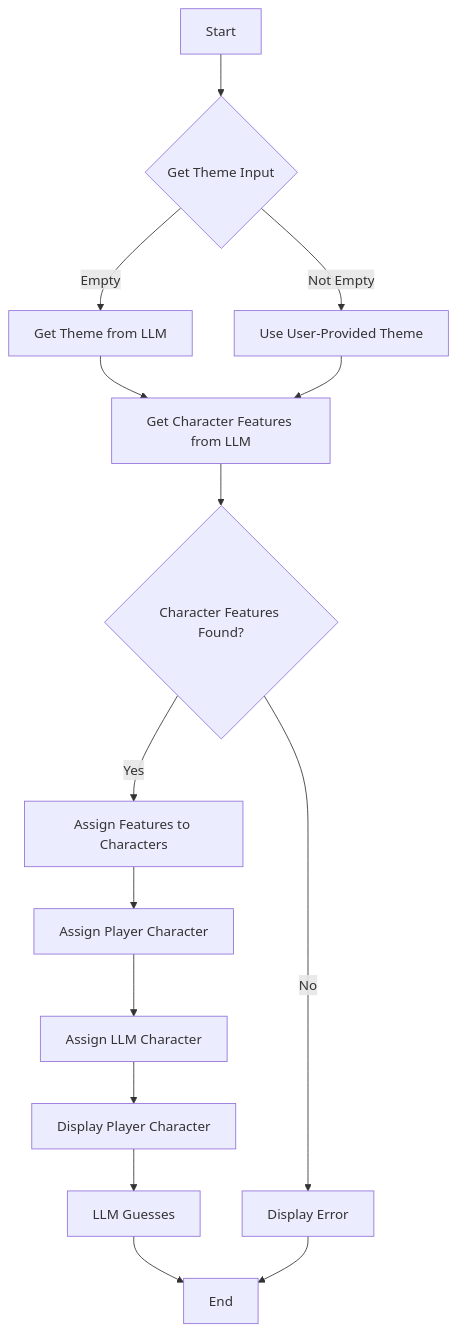
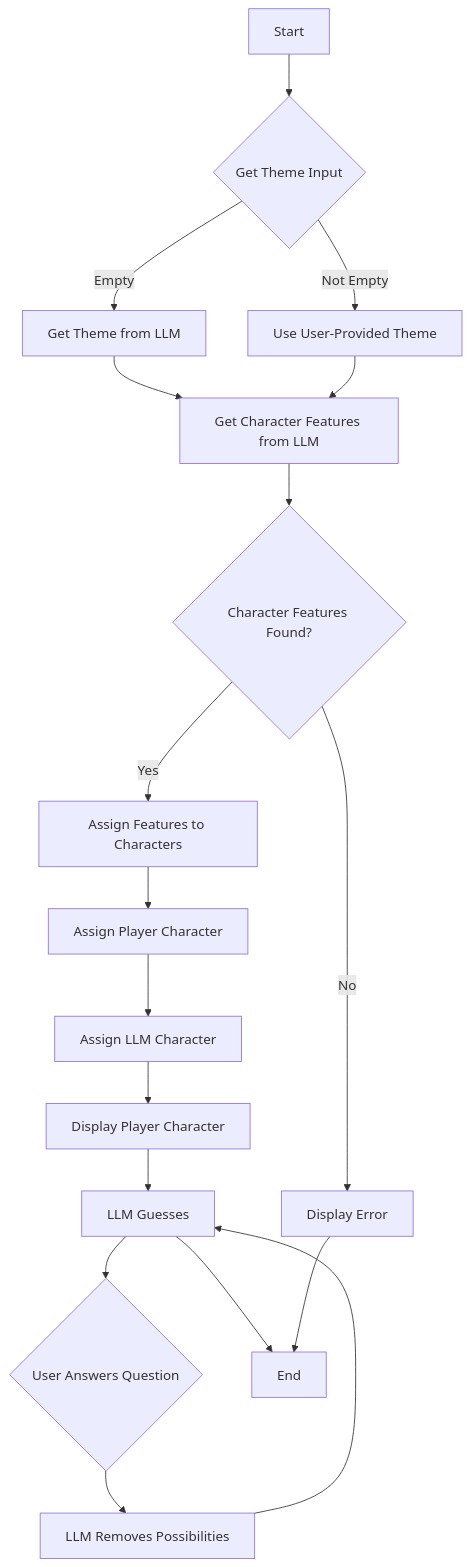
Before and after one commit to Jay4242/llm-guess_llama: the diagram in README.md, drawn with Mermaid. The commit also changed other lines of this file, not shown here.

````diff
--- a/README.md
+++ b/README.md
@@ -83,17 +85,20 @@
 ```mermaid
         graph TD
     A[Start] --> B{Get Theme Input};
     B -- Empty --> C[Get Theme from LLM];
     B -- Not Empty --> D[Use User-Provided Theme];
     C --> E[Get Character Features from LLM];
     D --> E;
     E --> F{Character Features Found?};
     F -- Yes --> G[Assign Features to Characters];
     F -- No --> H[Display Error];
     G --> I[Assign Player Character];
     I --> J[Assign LLM Character];
     J --> K[Display Player Character];
     K --> L[LLM Guesses];
+    L --> N{User Answers Question};
+    N --> O[LLM Removes Possibilities];
+    O --> L;
     L --> M[End];
     H --> M;
 ```
````
